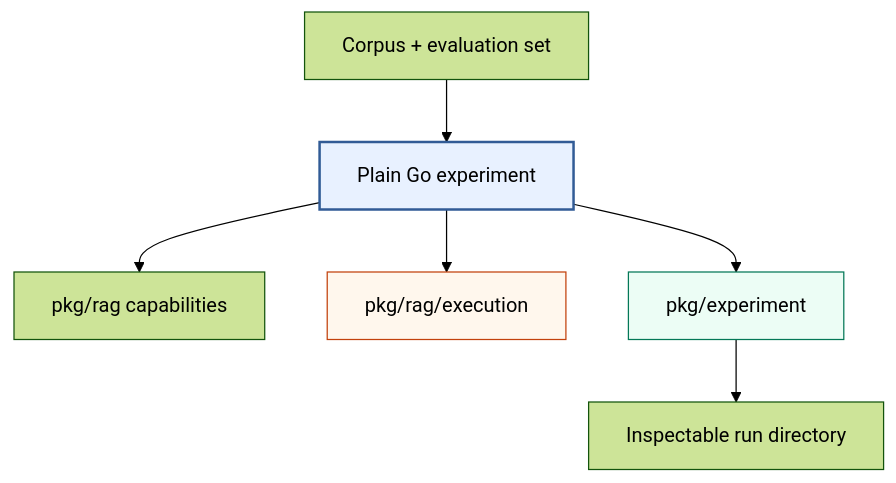
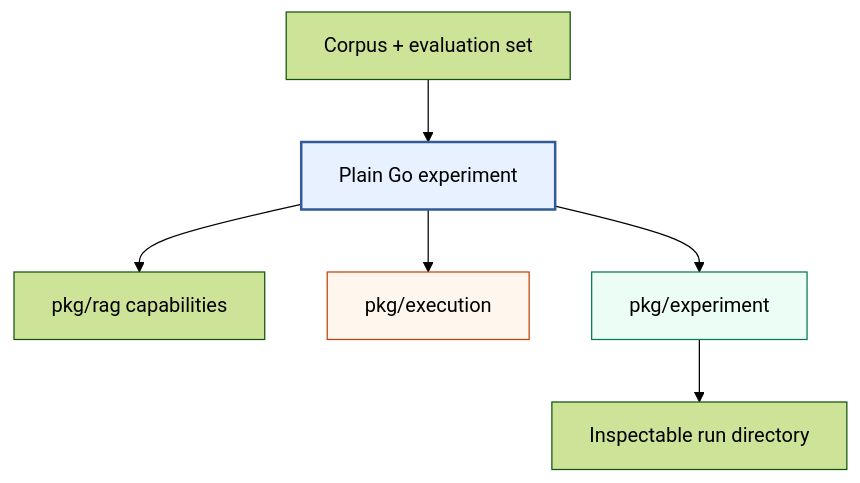
The diagram in Research/KB/Projects/rag-ttc.md (go-go-golems/go-go-parc), drawn with Mermaid (forest theme) before and after one commit. The commit also changed other lines of this file and 17 other files, not shown here.

Commit message:
docs: consolidate rag-ttc architecture garden study

````diff
--- a/Research/KB/Projects/rag-ttc.md
+++ b/Research/KB/Projects/rag-ttc.md
@@ -73,19 +73,19 @@
 ```mermaid
 flowchart TD
     PROGRAM[Plain Go experiment]
     RAG[pkg/rag capabilities]
-    EXEC[pkg/rag/execution]
+    EXEC[pkg/execution]
     LEDGER[pkg/experiment]
     DATA[Corpus + evaluation set]
     OUTPUT[Inspectable run directory]
 
     DATA --> PROGRAM
     PROGRAM --> RAG
     PROGRAM --> EXEC
     PROGRAM --> LEDGER
     LEDGER --> OUTPUT
 
     style PROGRAM fill:#e8f1ff,stroke:#315b96,stroke-width:2px
     style EXEC fill:#fff7ed,stroke:#c2410c
     style LEDGER fill:#ecfdf5,stroke:#047857
 ```
````
